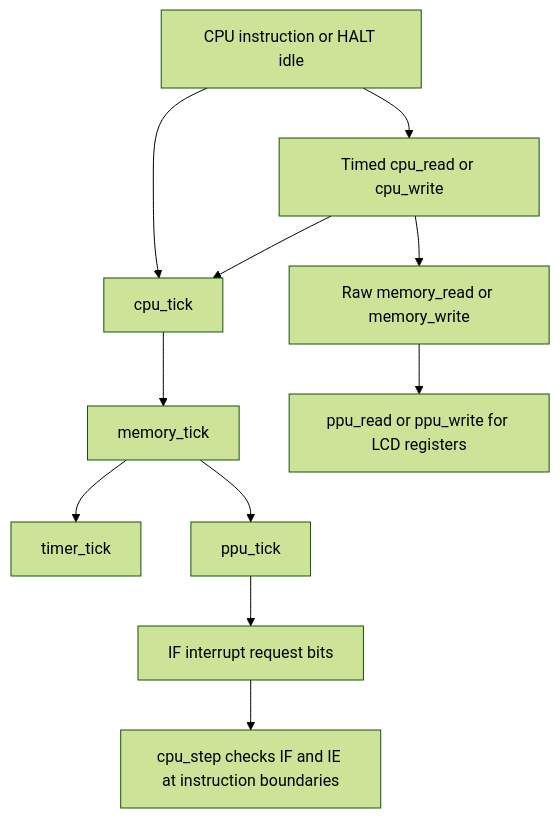
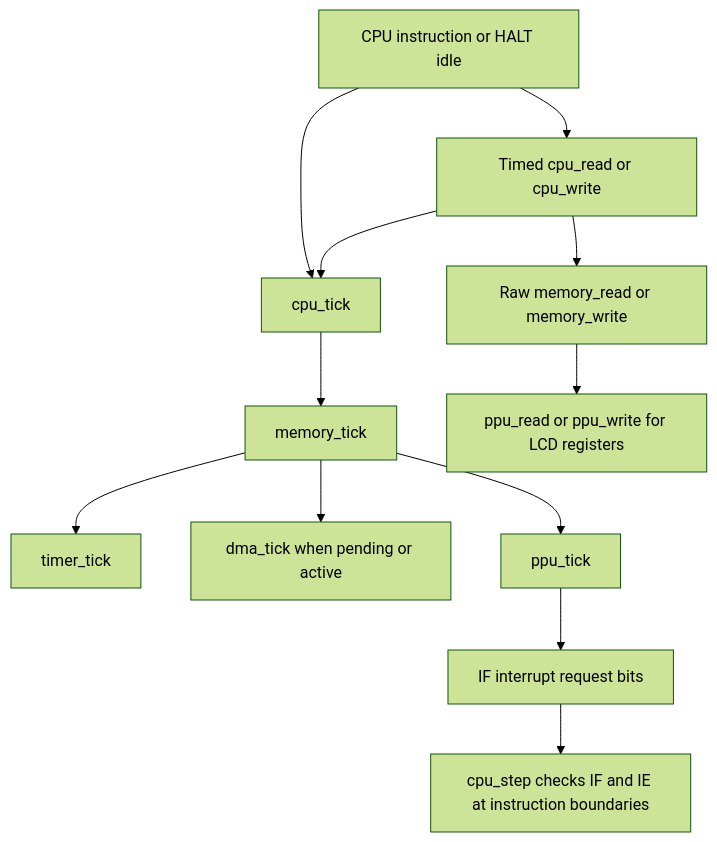
Before and after one commit to Nameless-Adroit/Gameboy-Emulator: the diagram in PPU.md, drawn with Mermaid (forest theme). The commit also changed other lines of this file and 28 other files, not shown here.

````diff
--- a/PPU.md
+++ b/PPU.md
@@ -11,13 +11,14 @@
 ```mermaid
 flowchart TD
     CPU[CPU instruction or HALT idle] --> CT[cpu_tick]
     CT --> MT[memory_tick]
     MT --> TIMER[timer_tick]
+    MT --> DMA[dma_tick when pending or active]
     MT --> PPU[ppu_tick]
     PPU --> IF[IF interrupt request bits]
     IF --> STEP[cpu_step checks IF and IE at instruction boundaries]
     CPU --> ACCESS[Timed cpu_read or cpu_write]
     ACCESS --> CT
     ACCESS --> BUS[Raw memory_read or memory_write]
     BUS --> REG[ppu_read or ppu_write for LCD registers]
 ```
````
